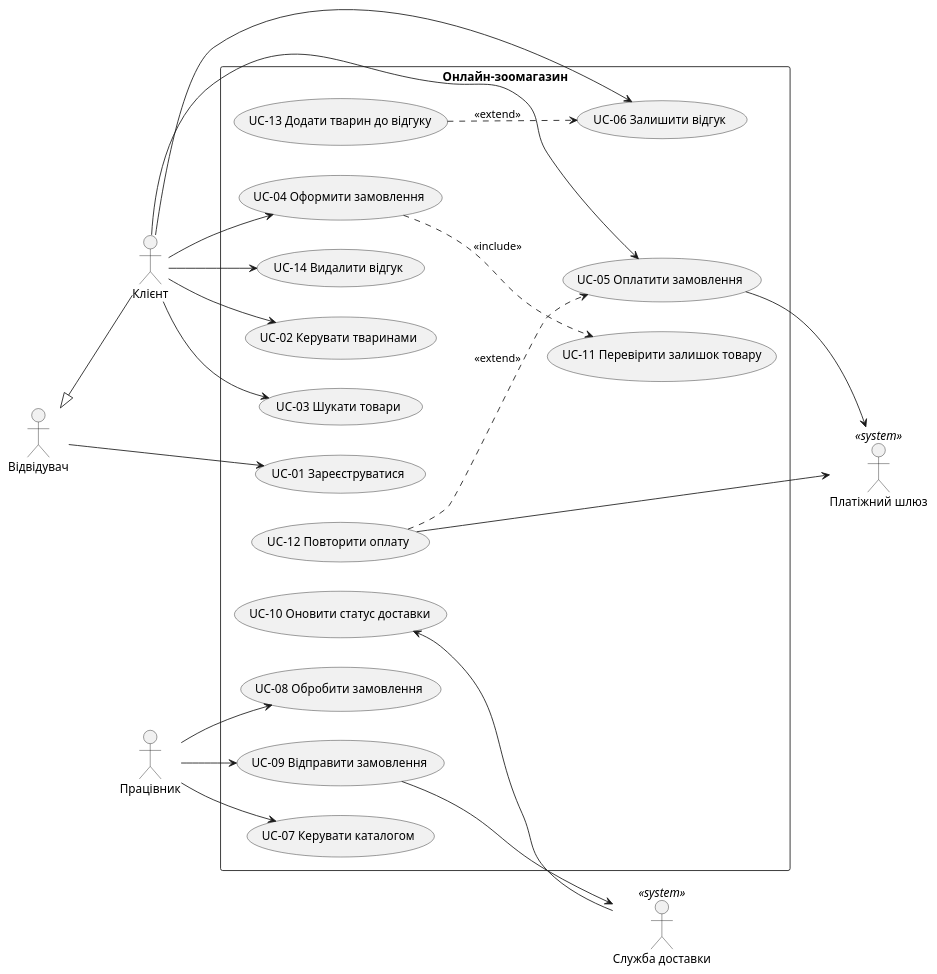
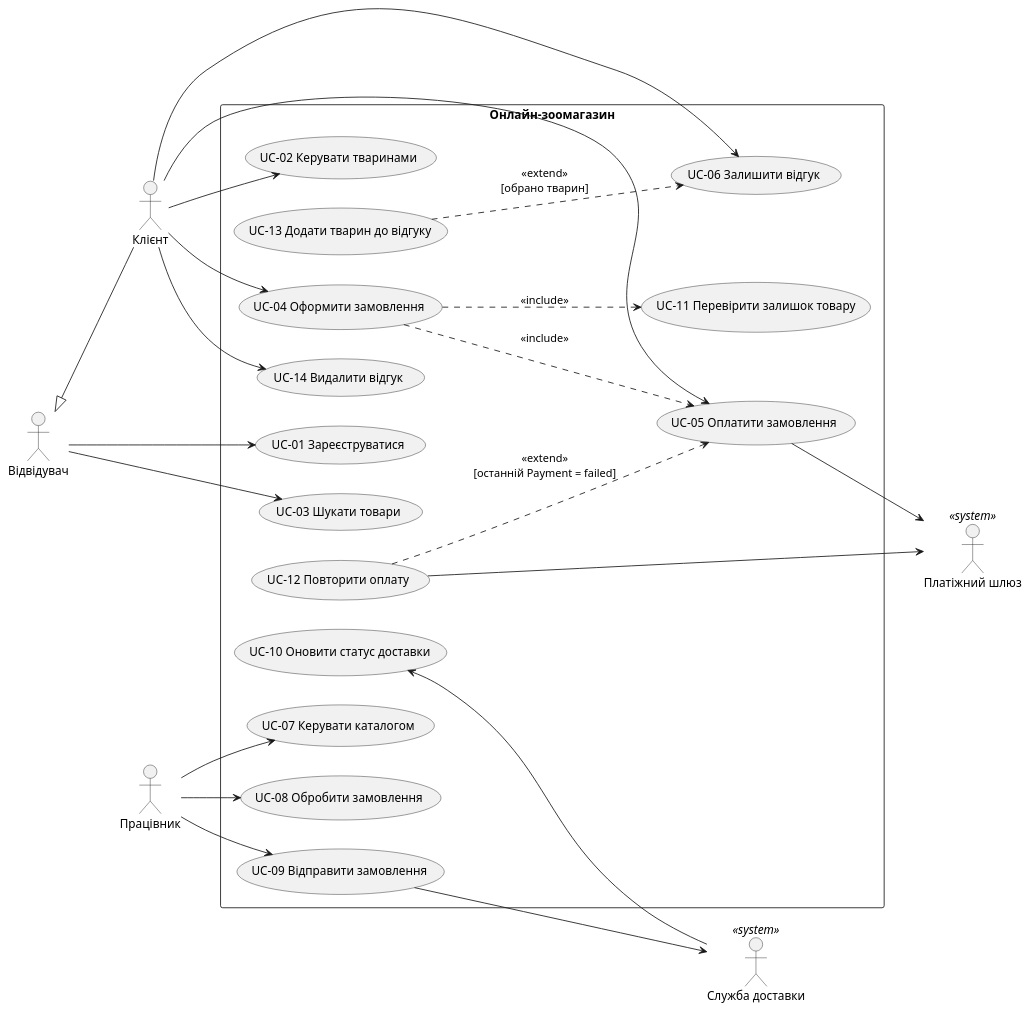
The diagram in Lab2/petshop.puml (hutnichs/KPI_MAVPZ), drawn with PlantUML before and after one commit. The commit also changed 1 other file, not shown here.

```diff
--- a/Lab2/petshop.puml
+++ b/Lab2/petshop.puml
@@ -1,53 +1,58 @@
 @startuml
 left to right direction
 skinparam packageStyle rectangle
 
 actor "Відвідувач" as Visitor
 actor "Клієнт" as Customer
 actor "Працівник" as Employee
 actor "Платіжний шлюз" as PGW <<system>>
 actor "Служба доставки" as DSA <<system>>
 
 ' Узагальнення: Клієнт є зареєстрованим Відвідувачем
 Visitor <|-- Customer
 
 rectangle "Онлайн-зоомагазин" {
   usecase "UC-01 Зареєструватися" as UC01
   usecase "UC-02 Керувати тваринами" as UC02
   usecase "UC-03 Шукати товари" as UC03
   usecase "UC-04 Оформити замовлення" as UC04
   usecase "UC-05 Оплатити замовлення" as UC05
   usecase "UC-06 Залишити відгук" as UC06
   usecase "UC-07 Керувати каталогом" as UC07
   usecase "UC-08 Обробити замовлення" as UC08
   usecase "UC-09 Відправити замовлення" as UC09
   usecase "UC-10 Оновити статус доставки" as UC10
   usecase "UC-11 Перевірити залишок товару" as UC11
   usecase "UC-12 Повторити оплату" as UC12
   usecase "UC-13 Додати тварин до відгуку" as UC13
   usecase "UC-14 Видалити відгук" as UC14
 }
 
+' Відвідувач
 Visitor --> UC01
+Visitor --> UC03
+
+' Клієнт
 Customer --> UC02
-Customer --> UC03
 Customer --> UC04
 Customer --> UC05
 Customer --> UC06
 Customer --> UC14
 
+' Працівник
 Employee --> UC07
 Employee --> UC08
 Employee --> UC09
 
 ' include / extend
 UC04 ..> UC11 : <<include>>
-UC12 ..> UC05 : <<extend>>
-UC13 ..> UC06 : <<extend>>
+UC04 ..> UC05 : <<include>>
+UC12 ..> UC05 : <<extend>>\n[останній Payment = failed]
+UC13 ..> UC06 : <<extend>>\n[обрано тварин]
 
 ' Зовнішні системи
 UC05 --> PGW
 UC12 --> PGW
 UC09 --> DSA
 DSA --> UC10
 @enduml
```
